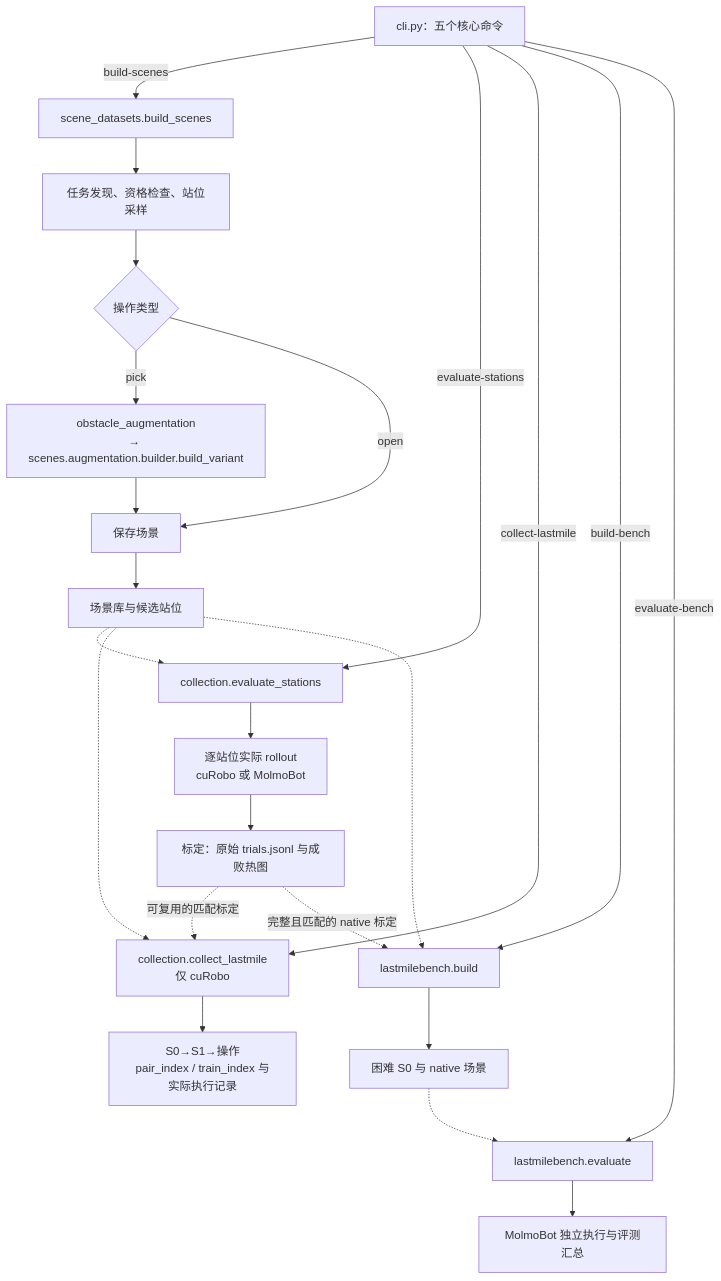
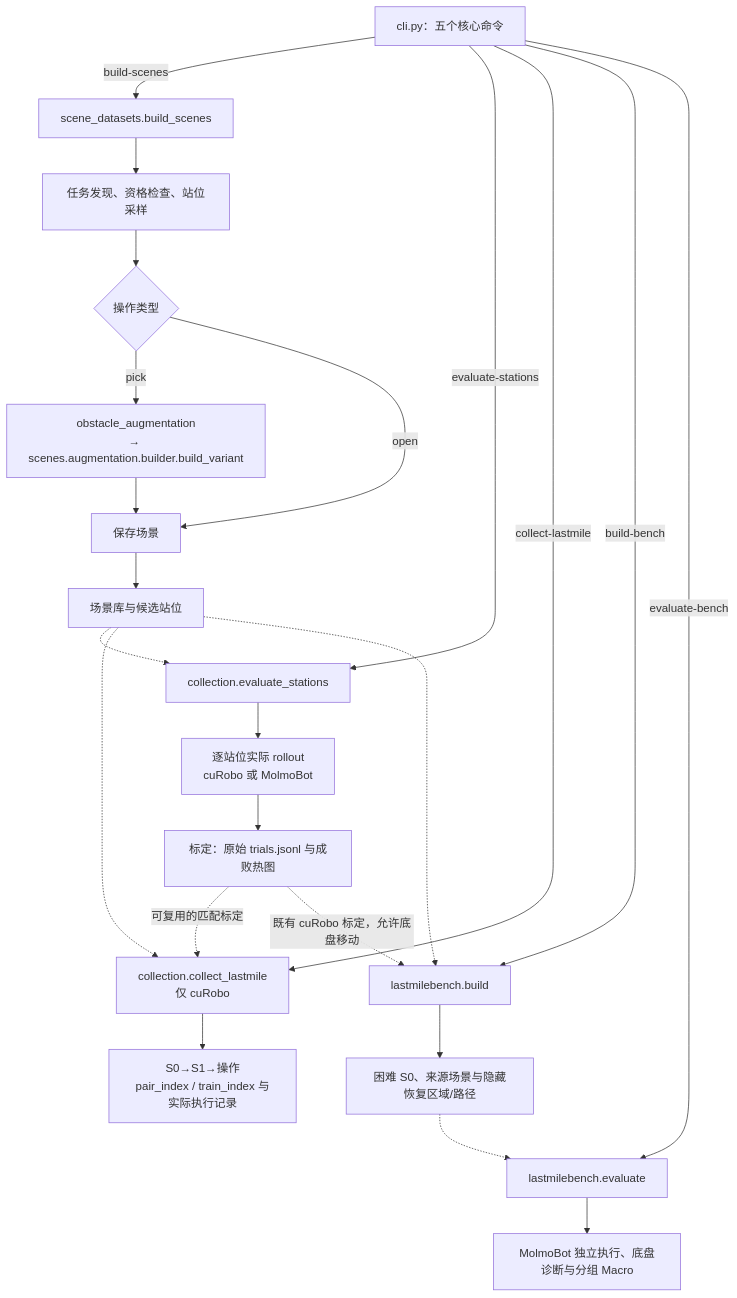
The first of 2 diagrams in docs/architecture.md (yifanwin/LastMileDataFlow), drawn with Mermaid before and after one commit. The commit also changed other lines of this file and 25 other files, not shown here.

````diff
--- a/docs/architecture.md
+++ b/docs/architecture.md
@@ -88,29 +88,29 @@
 ```mermaid
 flowchart TD
     CLI["cli.py：五个核心命令"]
     CLI -->|build-scenes| BUILD["scene_datasets.build_scenes"]
     BUILD --> DISC["任务发现、资格检查、站位采样"]
     DISC --> KIND{"操作类型"}
     KIND -->|pick| AUG["obstacle_augmentation<br/>→ scenes.augmentation.builder.build_variant"]
     KIND -->|open| SAVE["保存场景"]
     AUG --> SAVE
     SAVE --> DATASET["场景库与候选站位"]
 
     CLI -->|evaluate-stations| EVAL["collection.evaluate_stations"]
     DATASET -.-> EVAL
     EVAL --> TRIALS["逐站位实际 rollout<br/>cuRobo 或 MolmoBot"]
     TRIALS --> CAL["标定：原始 trials.jsonl 与成败热图"]
 
     CLI -->|collect-lastmile| COLLECT["collection.collect_lastmile<br/>仅 cuRobo"]
     DATASET -.-> COLLECT
     CAL -.->|可复用的匹配标定| COLLECT
     COLLECT --> EPISODES["S0→S1→操作<br/>pair_index / train_index 与实际执行记录"]
 
     CLI -->|build-bench| BENCH["lastmilebench.build"]
     DATASET -.-> BENCH
-    CAL -.->|完整且匹配的 native 标定| BENCH
-    BENCH --> NATIVE["困难 S0 与 native 场景"]
+    CAL -.->|既有 cuRobo 标定，允许底盘移动| BENCH
+    BENCH --> NATIVE["困难 S0、来源场景与隐藏恢复区域/路径"]
     CLI -->|evaluate-bench| POLICY["lastmilebench.evaluate"]
     NATIVE -.-> POLICY
-    POLICY --> RESULT["MolmoBot 独立执行与评测汇总"]
+    POLICY --> RESULT["MolmoBot 独立执行、底盘诊断与分组 Macro"]
 ```
````
